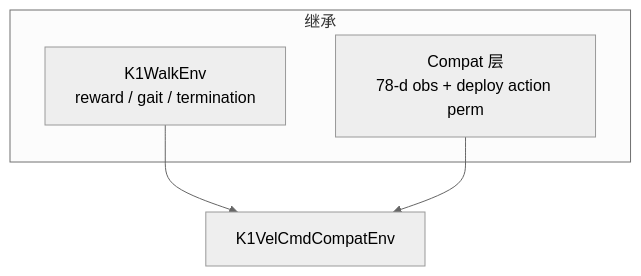
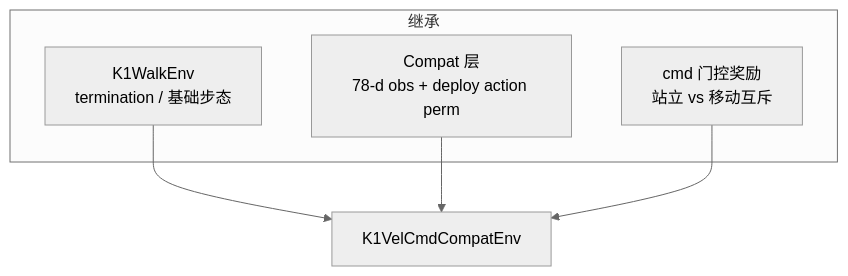
The diagram in conf/offpolicy/task/flashsac/k1_vel_cmd_compat/设计.md (yueduduo/UniLab), drawn with Mermaid (neutral theme) before and after one commit. The commit also changed other lines of this file and 1 other file, not shown here.

````diff
--- a/conf/offpolicy/task/flashsac/k1_vel_cmd_compat/设计.md
+++ b/conf/offpolicy/task/flashsac/k1_vel_cmd_compat/设计.md
@@ -18,9 +24,11 @@
 ```mermaid
 flowchart TB
     subgraph 继承
-        Walk[K1WalkEnv<br/>reward / gait / termination]
+        Walk[K1WalkEnv<br/>termination / 基础步态]
         CompatObs[Compat 层<br/>78-d obs + deploy action perm]
+        CmdGate[cmd 门控奖励<br/>站立 vs 移动互斥]
     end
     Walk --> K1VelCmdCompatEnv
     CompatObs --> K1VelCmdCompatEnv
+    CmdGate --> K1VelCmdCompatEnv
 ```
````
